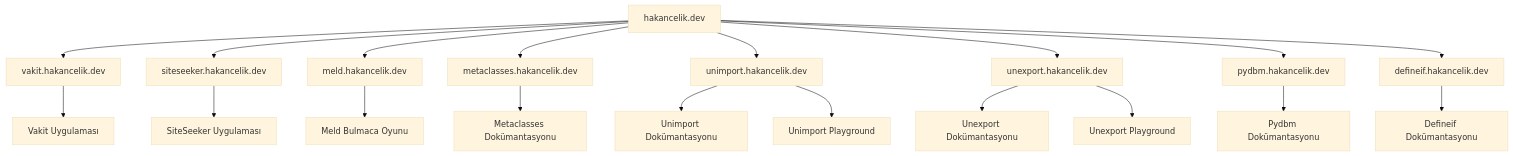
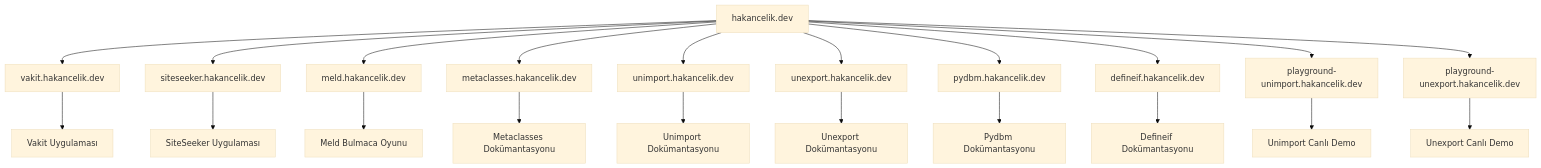
Before and after one commit to hakancelikdev/hakancelikdev.github.io: the diagram in docs/subdomains.md, drawn with Mermaid (base theme). The commit also changed other lines of this file and 1 other file, not shown here.

Commit message:
Restore original playground subdomain URLs

````diff
--- a/docs/subdomains.md
+++ b/docs/subdomains.md
@@ -157,22 +157,24 @@
 ```mermaid
 graph TD
     A[hakancelik.dev] --> B[vakit.hakancelik.dev]
     A --> C[siteseeker.hakancelik.dev]
     A --> K[meld.hakancelik.dev]
     A --> D[metaclasses.hakancelik.dev]
     A --> E[unimport.hakancelik.dev]
     A --> F[unexport.hakancelik.dev]
     A --> G[pydbm.hakancelik.dev]
     A --> H[defineif.hakancelik.dev]
+    A --> I[playground-unimport.hakancelik.dev]
+    A --> J[playground-unexport.hakancelik.dev]
     
     B --> B1[Vakit Uygulaması]
     C --> C1[SiteSeeker Uygulaması]
     K --> K1[Meld Bulmaca Oyunu]
     D --> D1[Metaclasses Dokümantasyonu]
     E --> E1[Unimport Dokümantasyonu]
-    E --> E2[Unimport Playground]
     F --> F1[Unexport Dokümantasyonu]
-    F --> F2[Unexport Playground]
     G --> G1[Pydbm Dokümantasyonu]
     H --> H1[Defineif Dokümantasyonu]
+    I --> I1[Unimport Canlı Demo]
+    J --> J1[Unexport Canlı Demo]
 ```
````
